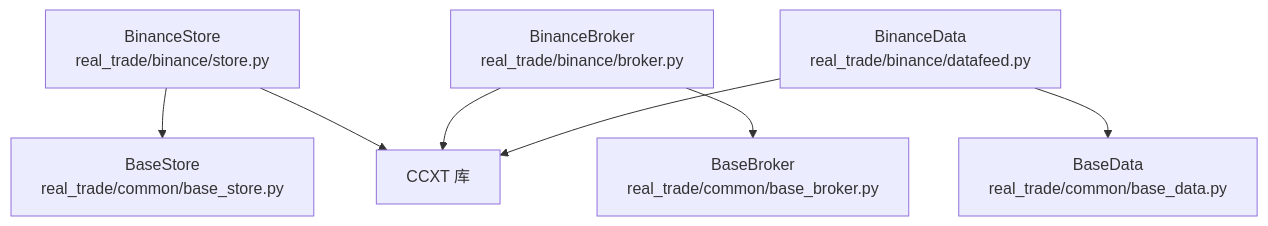
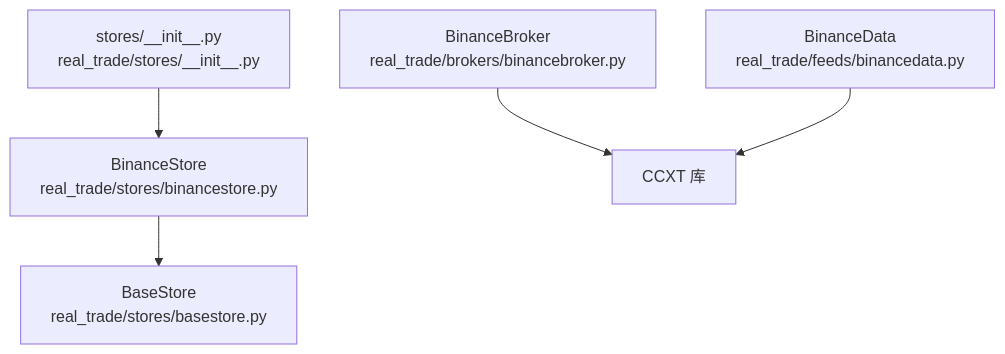
Before and after one commit to bench-prog/backtrader: the sixth of 6 diagrams in .qoder/repowiki/zh/content/实盘交易模块/Binance交易所集成/BinanceStore存储层.md, drawn with Mermaid. The commit also changed other lines of this file and 40 other files, not shown here.

````diff
--- a/.qoder/repowiki/zh/content/实盘交易模块/Binance交易所集成/BinanceStore存储层.md
+++ b/.qoder/repowiki/zh/content/实盘交易模块/Binance交易所集成/BinanceStore存储层.md
@@ -298,16 +275,13 @@
 ```mermaid
 graph TB
-Store["BinanceStore<br/>real_trade/binance/store.py"]
-BaseStore["BaseStore<br/>real_trade/common/base_store.py"]
-Broker["BinanceBroker<br/>real_trade/binance/broker.py"]
-Data["BinanceData<br/>real_trade/binance/datafeed.py"]
-BaseBroker["BaseBroker<br/>real_trade/common/base_broker.py"]
-BaseData["BaseData<br/>real_trade/common/base_data.py"]
+Store["BinanceStore<br/>real_trade/stores/binancestore.py"]
+BaseStore["BaseStore<br/>real_trade/stores/basestore.py"]
+StoresInit["stores/__init__.py<br/>real_trade/stores/__init__.py"]
+Broker["BinanceBroker<br/>real_trade/brokers/binancebroker.py"]
+Data["BinanceData<br/>real_trade/feeds/binancedata.py"]
 CCXT["CCXT 库"]
 Store --> BaseStore
-Broker --> BaseBroker
-Data --> BaseData
-Store --> CCXT
+StoresInit --> Store
 Broker --> CCXT
 Data --> CCXT
 ```
````
